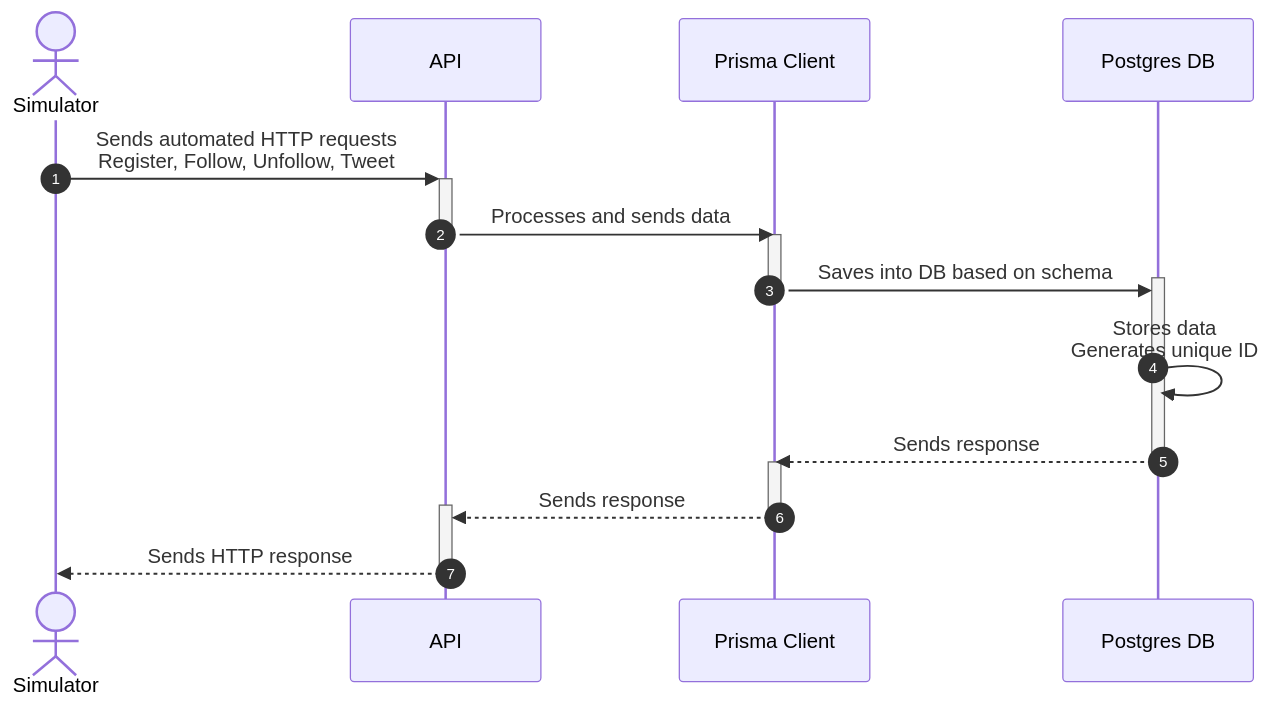
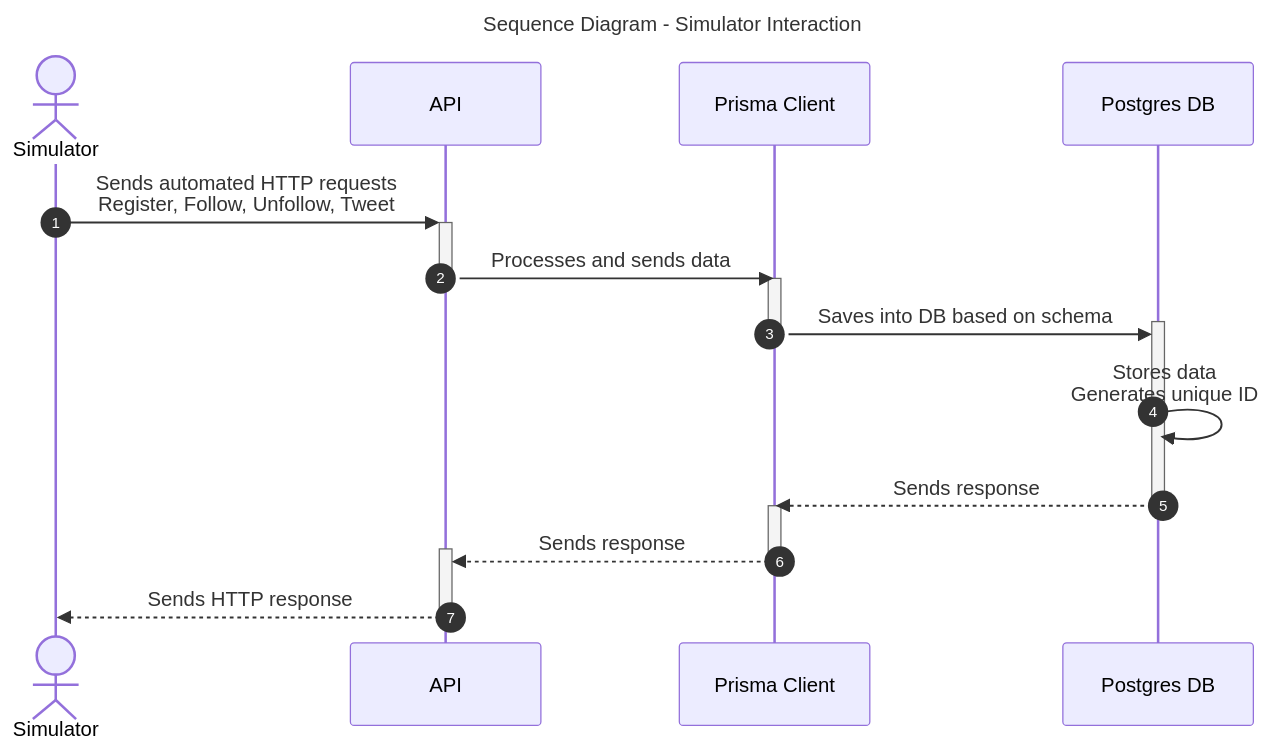
Before and after one commit to DevOps-2024-group-p/maxitwit: the third of 9 diagrams in report/report.md, drawn with Mermaid. The commit also changed other lines of this file, not shown here.

````diff
--- a/report/report.md
+++ b/report/report.md
@@ -144,20 +143,23 @@
-```{.mermaid #fig:interactions caption="Simulator Interaction"}
+```mermaid
+---
+title: Sequence Diagram - Simulator Interaction
+---
 sequenceDiagram
     autonumber
     actor Simulator
     participant API
     participant Prisma Client
     participant Postgres DB
     Simulator->>+API: Sends automated HTTP requests<br>Register, Follow, Unfollow, Tweet
     API->>-Prisma Client: Processes and sends data
     activate Prisma Client
     Prisma Client->>+Postgres DB: Saves into DB based on schema 
     deactivate Prisma Client
     Postgres DB->>Postgres DB: Stores data <br>Generates unique ID
     Postgres DB-->>-Prisma Client: Sends response
     activate Prisma Client
     Prisma Client-->>+API: Sends response
     deactivate Prisma Client
 
     API-->>-Simulator: Sends HTTP response 
 ```
````
